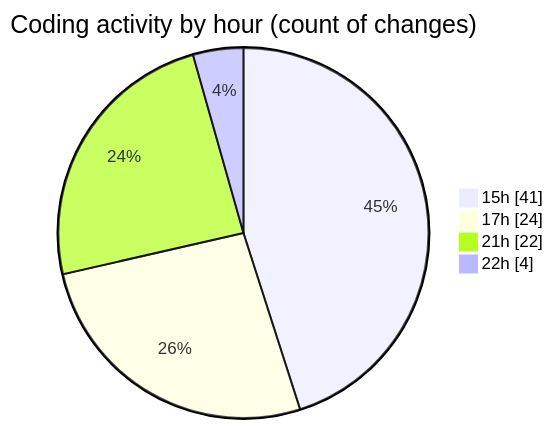
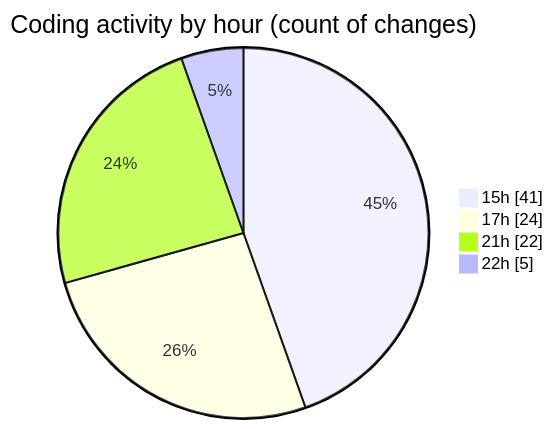
One commit to Netris89/code-tracking changed the second of 2 diagrams in 2025-10-26/skintrack/README.md. Above: the diagram before and after it, drawn with Mermaid. The commit also changed other lines of this file and 1 other file, not shown here.

````diff
--- a/2025-10-26/skintrack/README.md
+++ b/2025-10-26/skintrack/README.md
@@ -42,8 +43,8 @@
 ```mermaid
 pie showData
 title Coding activity by hour (count of changes)
 "15h" : 41
 "17h" : 24
 "21h" : 22
-"22h" : 4
+"22h" : 5
 ```
````
